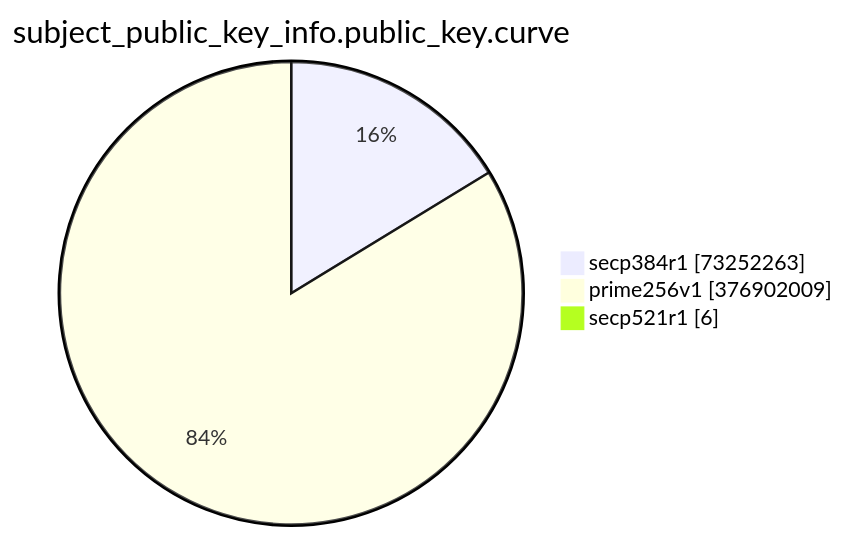
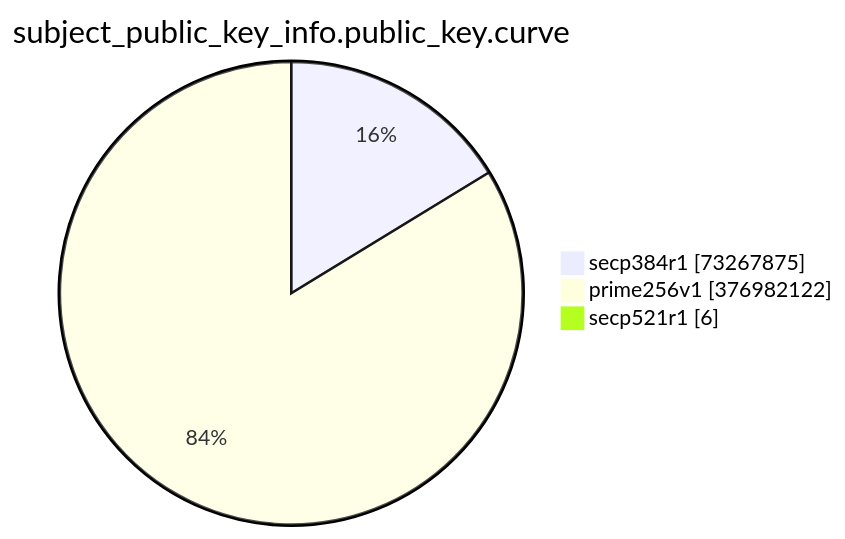
The eighth of 15 diagrams in TOTAL/README.md (christiankrug/ctmonitor_visualization), drawn with Mermaid before and after one commit. The commit also changed other lines of this file, not shown here.

````diff
--- a/TOTAL/README.md
+++ b/TOTAL/README.md
@@ -3094,7 +3094,7 @@
 ```mermaid
 pie showData
 title subject_public_key_info.public_key.curve
-"secp384r1" :73252263
-"prime256v1" :376902009
+"secp384r1" :73267875
+"prime256v1" :376982122
 "secp521r1" :6
 ```
````
